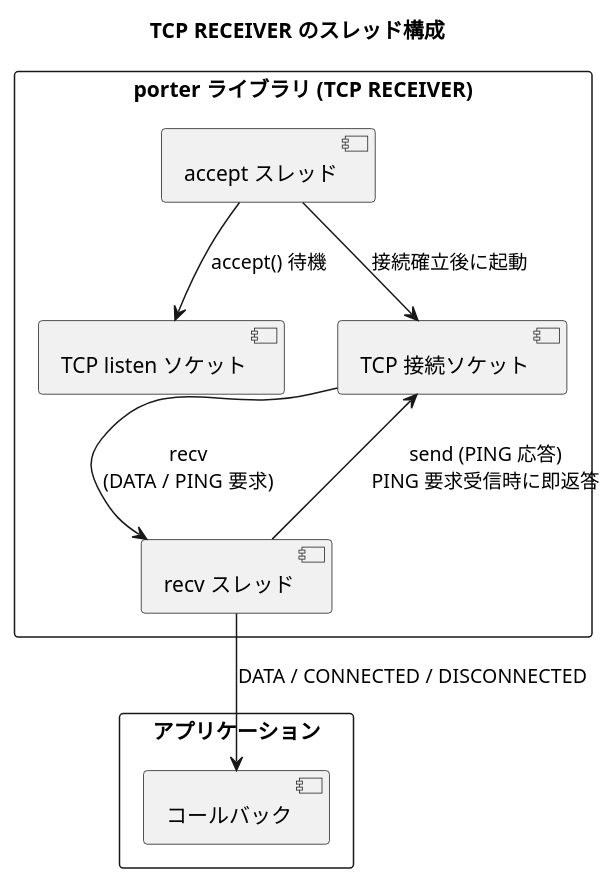
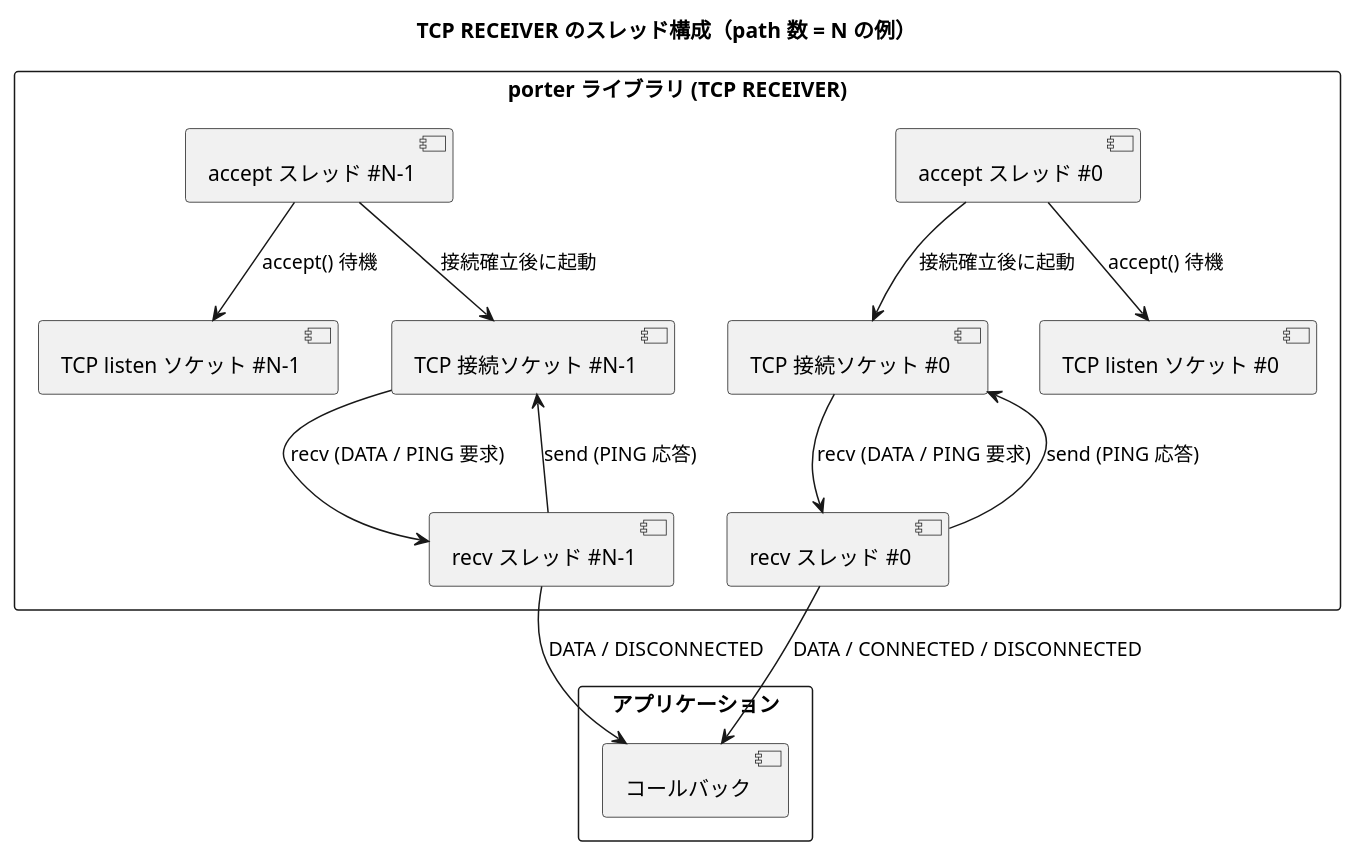
Before and after one commit to Hondarer/c-modernization-kit: the fifth of 6 diagrams in prod/porter/docs/architecture.md, drawn with PlantUML. The commit also changed other lines of this file and 6 other files, not shown here.

````diff
--- a/prod/porter/docs/architecture.md
+++ b/prod/porter/docs/architecture.md
@@ -211,22 +235,31 @@
 ```plantuml
 @startuml TCP RECEIVER スレッド構成
-title TCP RECEIVER のスレッド構成
+title TCP RECEIVER のスレッド構成（path 数 = N の例）
 
 rectangle "アプリケーション" {
   [コールバック]
 }
 
 rectangle "porter ライブラリ (TCP RECEIVER)" {
-  [accept スレッド] as AT
-  [recv スレッド] as RT
-  [TCP listen ソケット] as LS
-  [TCP 接続ソケット] as CS
+  [accept スレッド #0] as AT0
+  [accept スレッド #N-1] as ATN
+  [recv スレッド #0] as RT0
+  [recv スレッド #N-1] as RTN
+  [TCP listen ソケット #0] as LS0
+  [TCP listen ソケット #N-1] as LSN
+  [TCP 接続ソケット #0] as CS0
+  [TCP 接続ソケット #N-1] as CSN
 }
 
-AT --> LS : accept() 待機
-AT --> CS : 接続確立後に起動
-CS --> RT : recv\n(DATA / PING 要求)
-RT --> CS : send (PING 応答)\nPING 要求受信時に即返答
-RT --> [コールバック] : DATA / CONNECTED / DISCONNECTED
+AT0 --> LS0 : accept() 待機
+ATN --> LSN : accept() 待機
+AT0 --> CS0 : 接続確立後に起動
+ATN --> CSN : 接続確立後に起動
+CS0 --> RT0 : recv (DATA / PING 要求)
+CSN --> RTN : recv (DATA / PING 要求)
+RT0 --> CS0 : send (PING 応答)
+RTN --> CSN : send (PING 応答)
+RT0 --> [コールバック] : DATA / CONNECTED / DISCONNECTED
+RTN --> [コールバック] : DATA / DISCONNECTED
 @enduml
 ```
````
